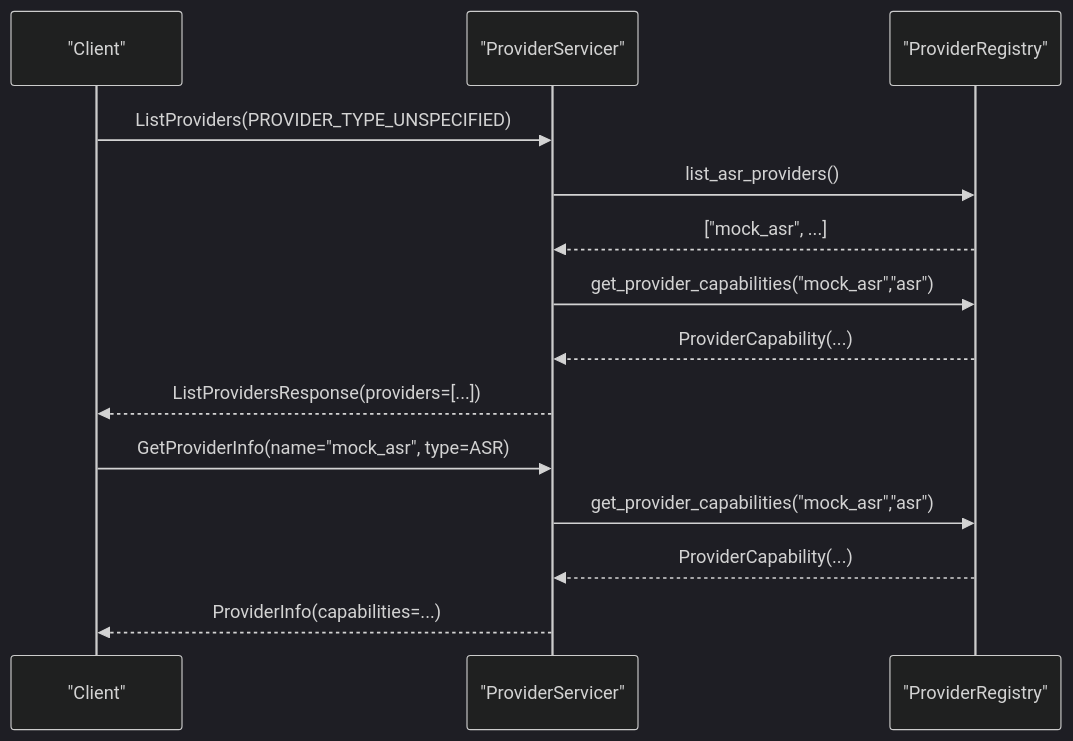
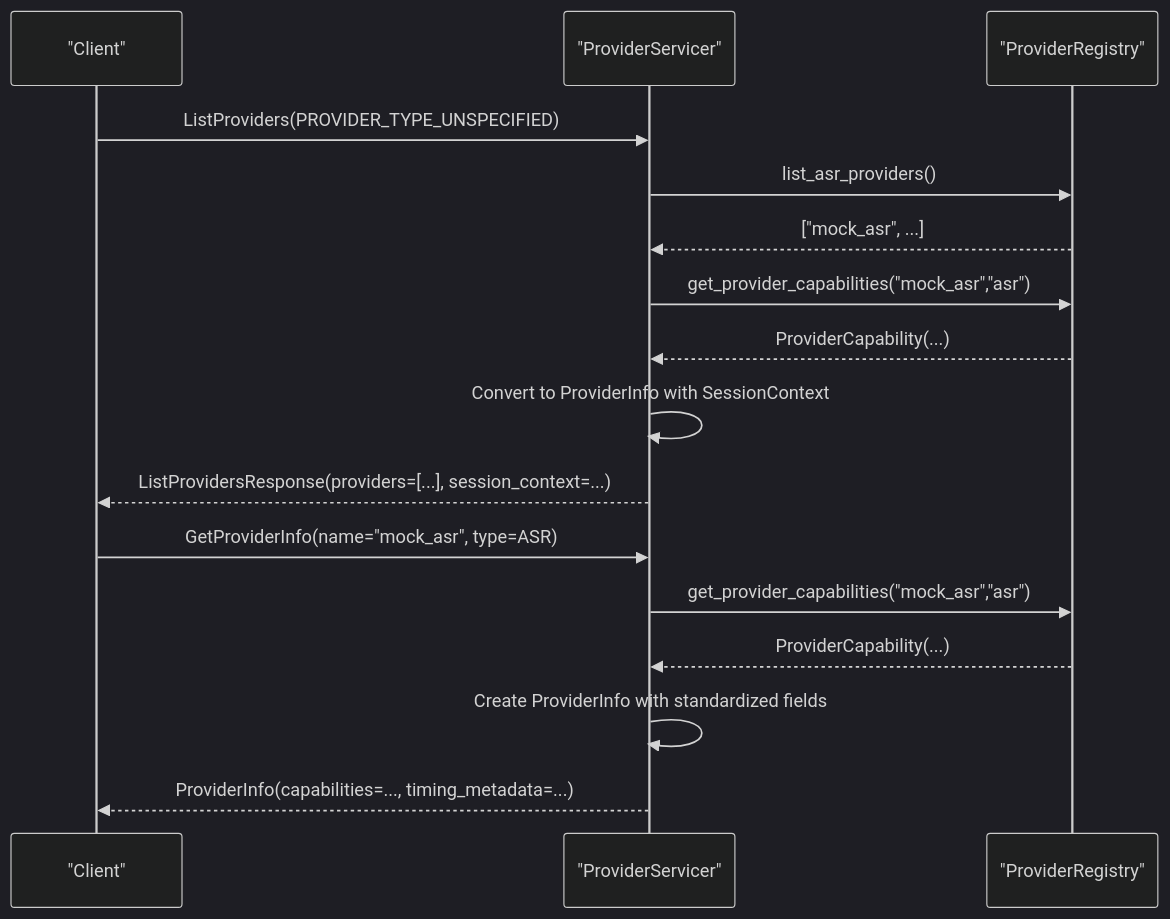
One commit to vashkelis/call-server changed the third of 5 diagrams in .qoder/repowiki/en/content/Core Services/Provider-Gateway Service/Python Provider Framework.md. Above: the diagram before and after it, drawn with Mermaid (dark theme). The commit also changed other lines of this file and 16 other files, not shown here.

````diff
--- a/.qoder/repowiki/en/content/Core Services/Provider-Gateway Service/Python Provider Framework.md
+++ b/.qoder/repowiki/en/content/Core Services/Provider-Gateway Service/Python Provider Framework.md
@@ -245,16 +343,18 @@
 ```mermaid
 sequenceDiagram
 participant Client as "Client"
 participant PS as "ProviderServicer"
 participant REG as "ProviderRegistry"
 Client->>PS : ListProviders(PROVIDER_TYPE_UNSPECIFIED)
 PS->>REG : list_asr_providers()
 REG-->>PS : ["mock_asr", ...]
 PS->>REG : get_provider_capabilities("mock_asr","asr")
 REG-->>PS : ProviderCapability(...)
-PS-->>Client : ListProvidersResponse(providers=[...])
+PS->>PS : Convert to ProviderInfo with SessionContext
+PS-->>Client : ListProvidersResponse(providers=[...], session_context=...)
 Client->>PS : GetProviderInfo(name="mock_asr", type=ASR)
 PS->>REG : get_provider_capabilities("mock_asr","asr")
 REG-->>PS : ProviderCapability(...)
-PS-->>Client : ProviderInfo(capabilities=...)
+PS->>PS : Create ProviderInfo with standardized fields
+PS-->>Client : ProviderInfo(capabilities=..., timing_metadata=...)
 ```
````
